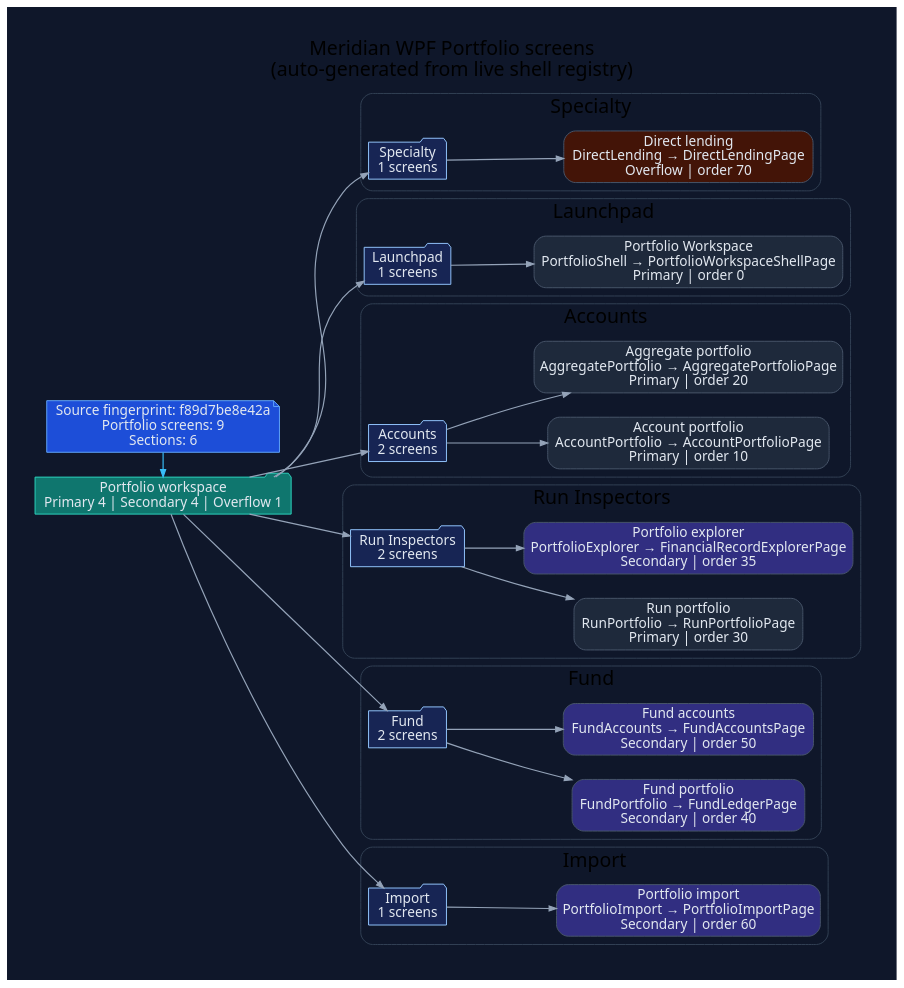
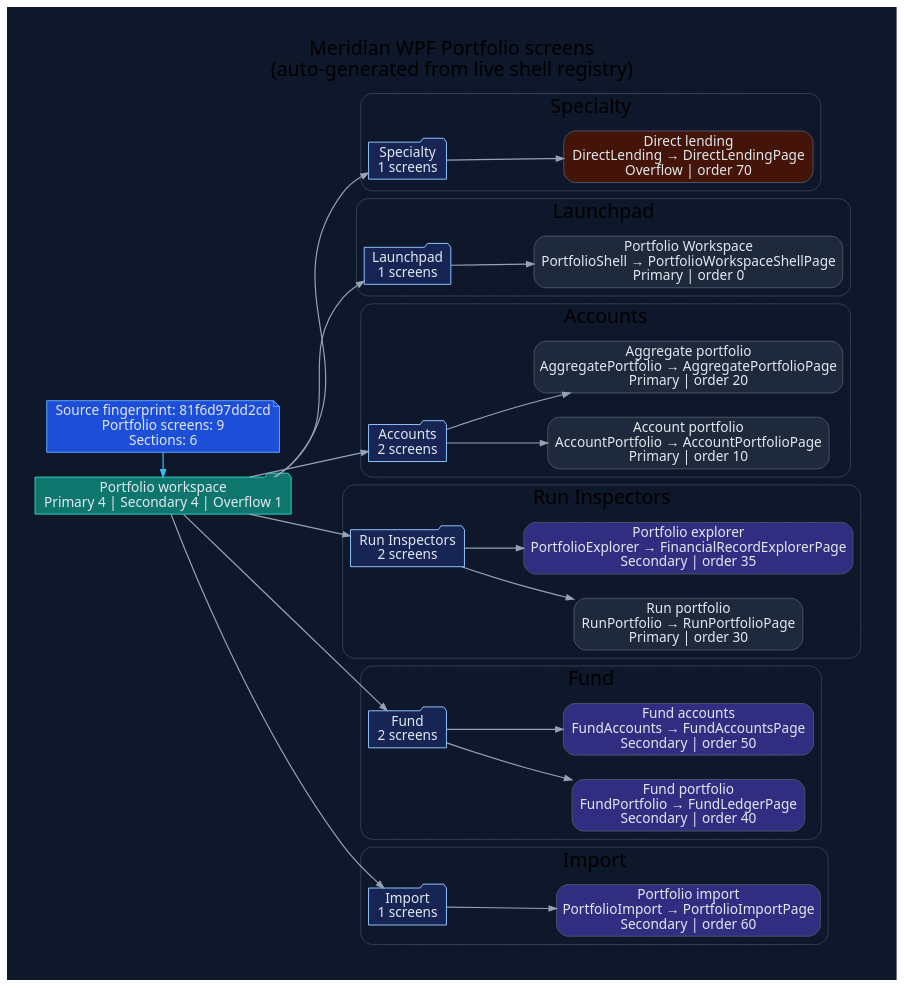
The diagram in docs/diagrams/ui/ui-wpf-screens-portfolio.dot (rodoHasArrived/Meridian-main), drawn with Graphviz before and after one commit. The commit also changed 74 other files, not shown here.

```diff
--- a/docs/diagrams/ui/ui-wpf-screens-portfolio.dot
+++ b/docs/diagrams/ui/ui-wpf-screens-portfolio.dot
@@ -1,92 +1,92 @@
 // -----------------------------------------------------------------------------
 // <auto-generated>
 // Generated by scripts/generate-diagrams.mjs.
 // Do not edit this file directly; update the WPF source files instead.
 // -----------------------------------------------------------------------------
 digraph WpfPortfolioScreens {
   graph [
     rankdir=LR,
     labelloc=t,
     label="Meridian WPF Portfolio screens\n(auto-generated from live shell registry)",
     fontname="Segoe UI",
     fontsize=20,
     pad=0.4,
     nodesep=0.35,
     ranksep=0.85,
     bgcolor="#0f172a"
   ];
   node [fontname="Segoe UI", shape=box, style="rounded,filled", color="#475569", fontcolor="#e2e8f0", fillcolor="#1e293b"];
   edge [fontname="Segoe UI", color="#94a3b8", penwidth=1.2, arrowsize=0.75];
 
-  generated [shape=note, fillcolor="#1d4ed8", color="#60a5fa", label="Source fingerprint: f89d7be8e42a\nPortfolio screens: 9\nSections: 6"];
+  generated [shape=note, fillcolor="#1d4ed8", color="#60a5fa", label="Source fingerprint: 81f6d97dd2cd\nPortfolio screens: 9\nSections: 6"];
   workspace [shape=folder, fillcolor="#0f766e", color="#2dd4bf", label="Portfolio workspace\nPrimary 4 | Secondary 4 | Overflow 1"];
   generated -> workspace [color="#38bdf8"];
 
   subgraph cluster_section_1 {
     label="Specialty";
     color="#334155";
     style="rounded";
     section_1 [shape=folder, fillcolor="#172554", color="#93c5fd", label="Specialty\n1 screens"];
     workspace -> section_1;
     screen_DirectLending [fillcolor="#431407", label="Direct lending\nDirectLending → DirectLendingPage\nOverflow | order 70"];
     section_1 -> screen_DirectLending;
   }
 
   subgraph cluster_section_2 {
     label="Launchpad";
     color="#334155";
     style="rounded";
     section_2 [shape=folder, fillcolor="#172554", color="#93c5fd", label="Launchpad\n1 screens"];
     workspace -> section_2;
     screen_PortfolioShell [fillcolor="#1e293b", label="Portfolio Workspace\nPortfolioShell → PortfolioWorkspaceShellPage\nPrimary | order 0"];
     section_2 -> screen_PortfolioShell;
   }
 
   subgraph cluster_section_3 {
     label="Accounts";
     color="#334155";
     style="rounded";
     section_3 [shape=folder, fillcolor="#172554", color="#93c5fd", label="Accounts\n2 screens"];
     workspace -> section_3;
     screen_AccountPortfolio [fillcolor="#1e293b", label="Account portfolio\nAccountPortfolio → AccountPortfolioPage\nPrimary | order 10"];
     section_3 -> screen_AccountPortfolio;
     screen_AggregatePortfolio [fillcolor="#1e293b", label="Aggregate portfolio\nAggregatePortfolio → AggregatePortfolioPage\nPrimary | order 20"];
     section_3 -> screen_AggregatePortfolio;
   }
 
   subgraph cluster_section_4 {
     label="Run Inspectors";
     color="#334155";
     style="rounded";
     section_4 [shape=folder, fillcolor="#172554", color="#93c5fd", label="Run Inspectors\n2 screens"];
     workspace -> section_4;
     screen_RunPortfolio [fillcolor="#1e293b", label="Run portfolio\nRunPortfolio → RunPortfolioPage\nPrimary | order 30"];
     section_4 -> screen_RunPortfolio;
     screen_PortfolioExplorer [fillcolor="#312e81", label="Portfolio explorer\nPortfolioExplorer → FinancialRecordExplorerPage\nSecondary | order 35"];
     section_4 -> screen_PortfolioExplorer;
   }
 
   subgraph cluster_section_5 {
     label="Fund";
     color="#334155";
     style="rounded";
     section_5 [shape=folder, fillcolor="#172554", color="#93c5fd", label="Fund\n2 screens"];
     workspace -> section_5;
     screen_FundPortfolio [fillcolor="#312e81", label="Fund portfolio\nFundPortfolio → FundLedgerPage\nSecondary | order 40"];
     section_5 -> screen_FundPortfolio;
     screen_FundAccounts [fillcolor="#312e81", label="Fund accounts\nFundAccounts → FundAccountsPage\nSecondary | order 50"];
     section_5 -> screen_FundAccounts;
   }
 
   subgraph cluster_section_6 {
     label="Import";
     color="#334155";
     style="rounded";
     section_6 [shape=folder, fillcolor="#172554", color="#93c5fd", label="Import\n1 screens"];
     workspace -> section_6;
     screen_PortfolioImport [fillcolor="#312e81", label="Portfolio import\nPortfolioImport → PortfolioImportPage\nSecondary | order 60"];
     section_6 -> screen_PortfolioImport;
   }
 
   { rank=min; generated; workspace; }
 }
```
